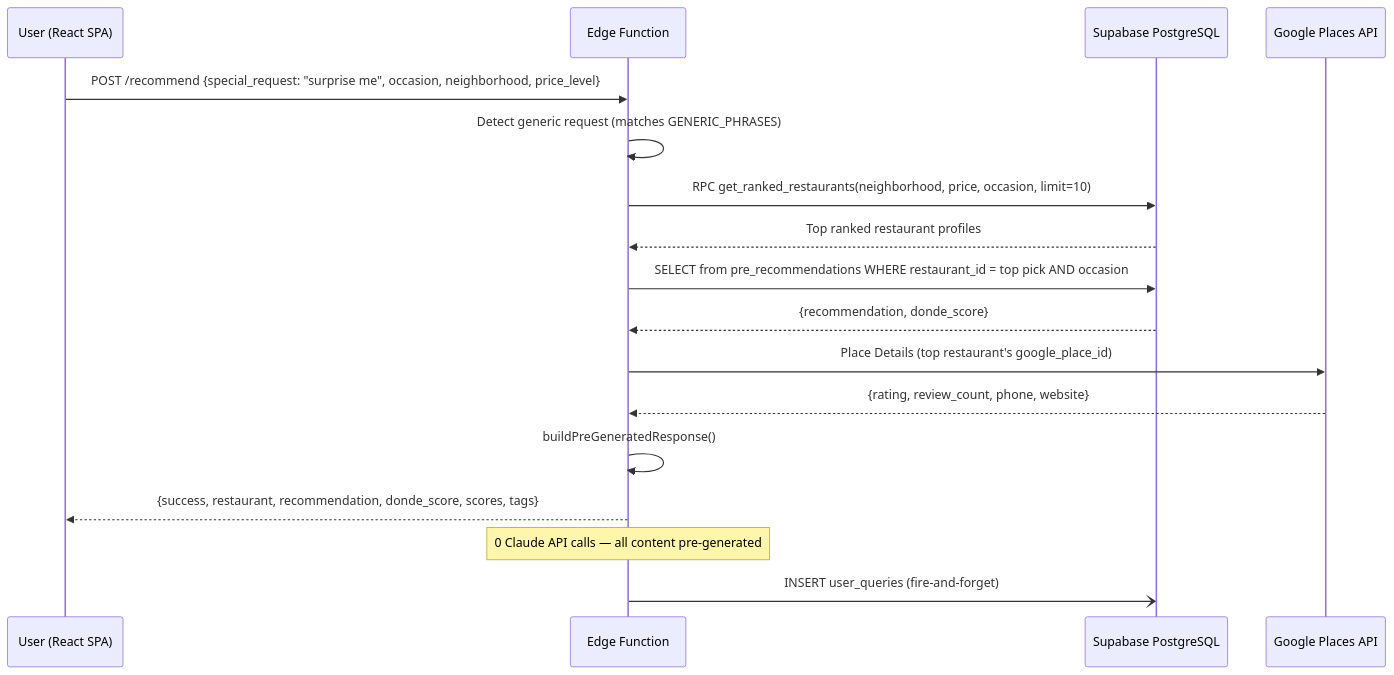
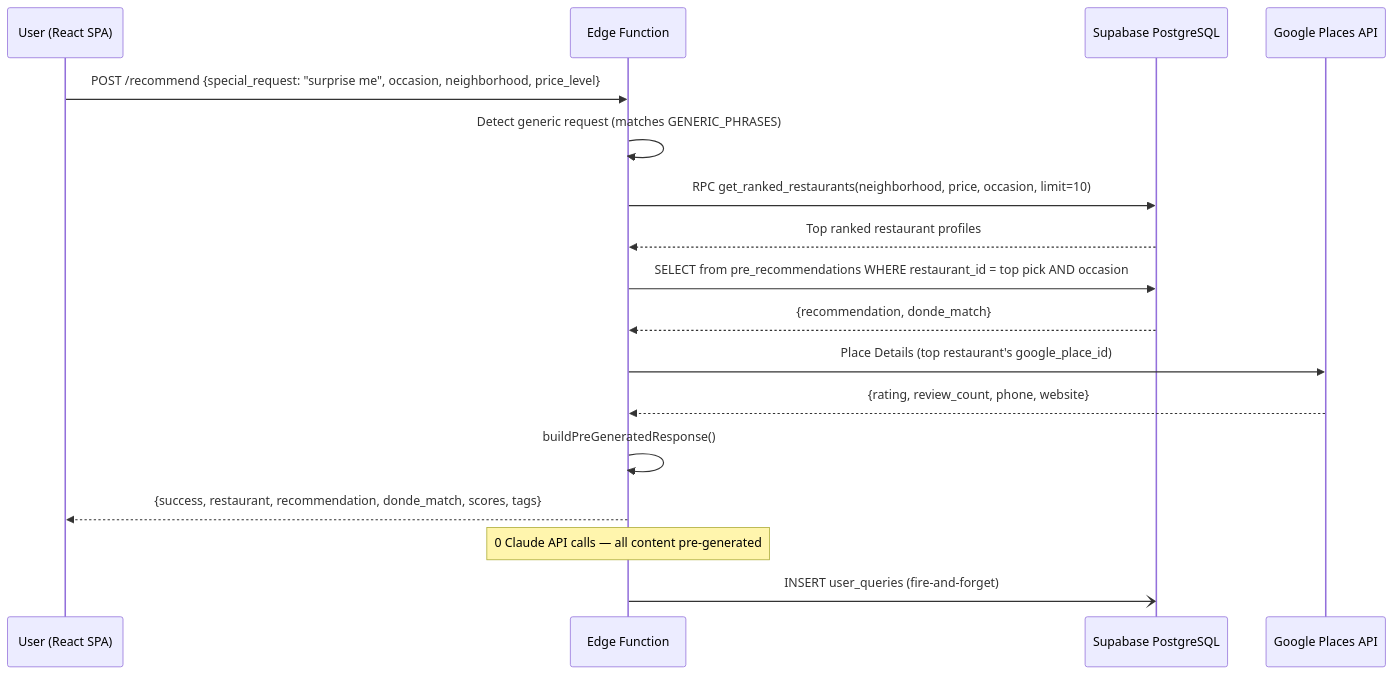
One commit to aacrit/dondeBackend changed the third of 10 diagrams in docs/system-architecture.md. Above: the diagram before and after it, drawn with Mermaid. The commit also changed other lines of this file and 9 other files, not shown here.

First line of the commit message:
Replace donde_score (0-10) with donde_match (60-99% confidence)

````diff
--- a/docs/system-architecture.md
+++ b/docs/system-architecture.md
@@ -116,27 +116,27 @@
 ```mermaid
 sequenceDiagram
     participant U as User (React SPA)
     participant EF as Edge Function
     participant DB as Supabase PostgreSQL
     participant G as Google Places API
 
     U->>EF: POST /recommend {special_request: "surprise me", occasion, neighborhood, price_level}
 
     EF->>EF: Detect generic request (matches GENERIC_PHRASES)
 
     EF->>DB: RPC get_ranked_restaurants(neighborhood, price, occasion, limit=10)
     DB-->>EF: Top ranked restaurant profiles
 
     EF->>DB: SELECT from pre_recommendations WHERE restaurant_id = top pick AND occasion
-    DB-->>EF: {recommendation, donde_score}
+    DB-->>EF: {recommendation, donde_match}
 
     EF->>G: Place Details (top restaurant's google_place_id)
     G-->>EF: {rating, review_count, phone, website}
 
     EF->>EF: buildPreGeneratedResponse()
-    EF-->>U: {success, restaurant, recommendation, donde_score, scores, tags}
+    EF-->>U: {success, restaurant, recommendation, donde_match, scores, tags}
 
     Note over EF: 0 Claude API calls — all content pre-generated
 
     EF-)DB: INSERT user_queries (fire-and-forget)
 ```
````
